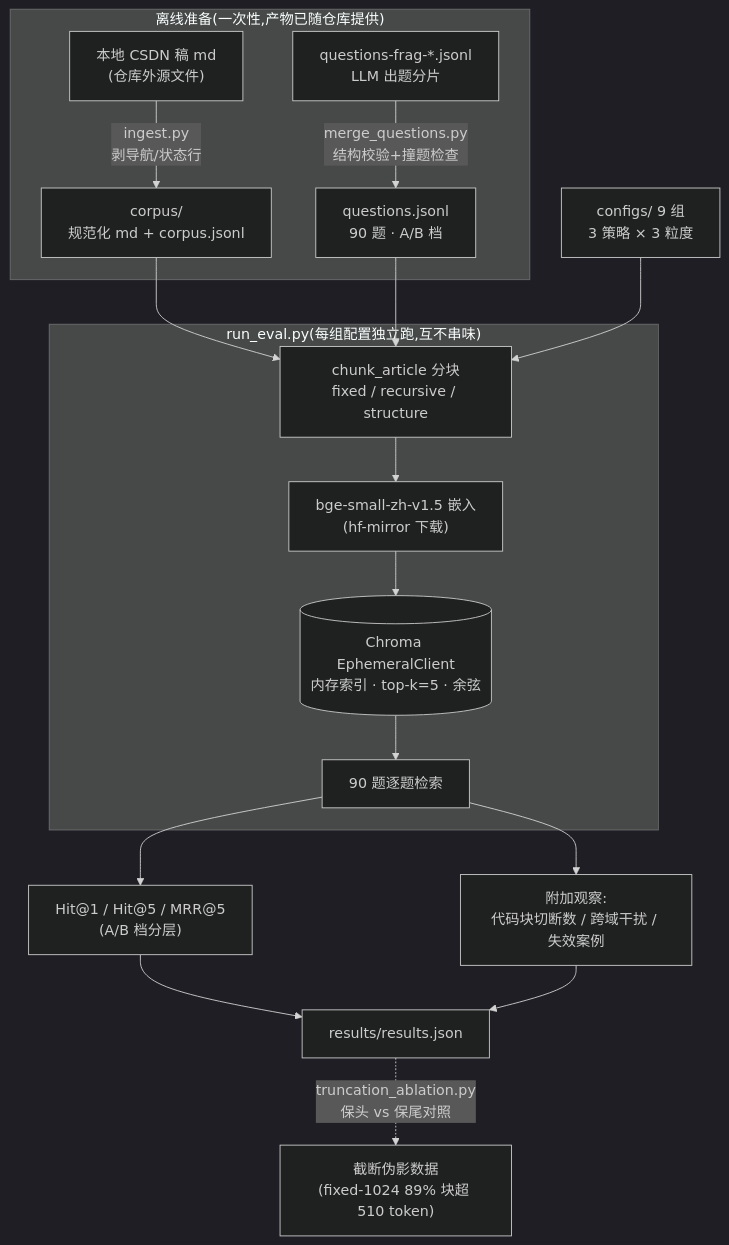
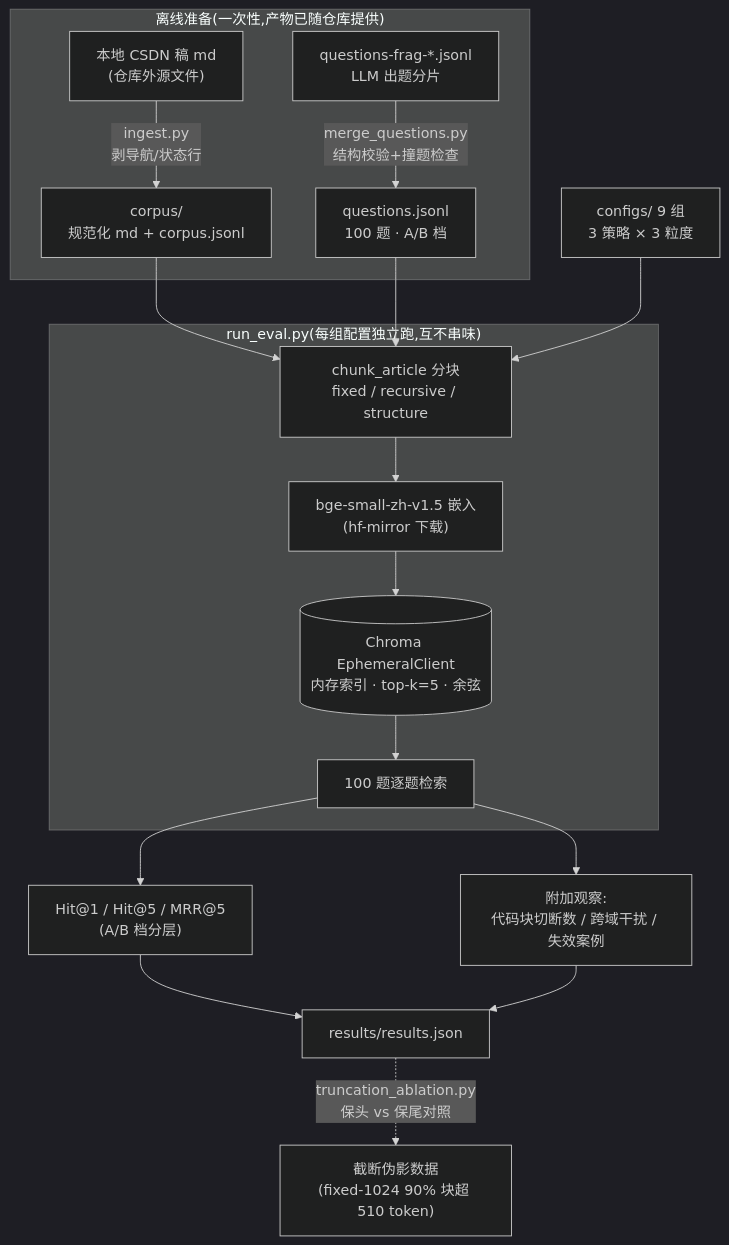
Before and after one commit to ethanliang2016/rag-lab: the diagram in README.md, drawn with Mermaid (dark theme). The commit also changed other lines of this file and 9 other files, not shown here.

````diff
--- a/README.md
+++ b/README.md
@@ -16,23 +16,23 @@
 ```mermaid
 flowchart TB
     subgraph offline["离线准备(一次性,产物已随仓库提供)"]
         A["本地 CSDN 稿 md<br/>(仓库外源文件)"] -->|"ingest.py<br/>剥导航/状态行"| B["corpus/<br/>规范化 md + corpus.jsonl"]
-        C["questions-frag-*.jsonl<br/>LLM 出题分片"] -->|"merge_questions.py<br/>结构校验+撞题检查"| D["questions.jsonl<br/>90 题 · A/B 档"]
+        C["questions-frag-*.jsonl<br/>LLM 出题分片"] -->|"merge_questions.py<br/>结构校验+撞题检查"| D["questions.jsonl<br/>100 题 · A/B 档"]
     end
 
     B --> E
     D --> E
     CFG["configs/ 9 组<br/>3 策略 × 3 粒度"] --> E
 
     subgraph eval["run_eval.py(每组配置独立跑,互不串味)"]
         E["chunk_article 分块<br/>fixed / recursive / structure"] --> F["bge-small-zh-v1.5 嵌入<br/>(hf-mirror 下载)"]
         F --> G[("Chroma EphemeralClient<br/>内存索引 · top-k=5 · 余弦")]
-        G --> H["90 题逐题检索"]
+        G --> H["100 题逐题检索"]
     end
 
     H --> I["Hit@1 / Hit@5 / MRR@5<br/>(A/B 档分层)"]
     H --> J["附加观察:<br/>代码块切断数 / 跨域干扰 / 失效案例"]
     I --> K["results/results.json"]
     J --> K
-    K -.->|"truncation_ablation.py<br/>保头 vs 保尾对照"| L["截断伪影数据<br/>(fixed-1024 89% 块超 510 token)"]
+    K -.->|"truncation_ablation.py<br/>保头 vs 保尾对照"| L["截断伪影数据<br/>(fixed-1024 90% 块超 510 token)"]
 ```
````
